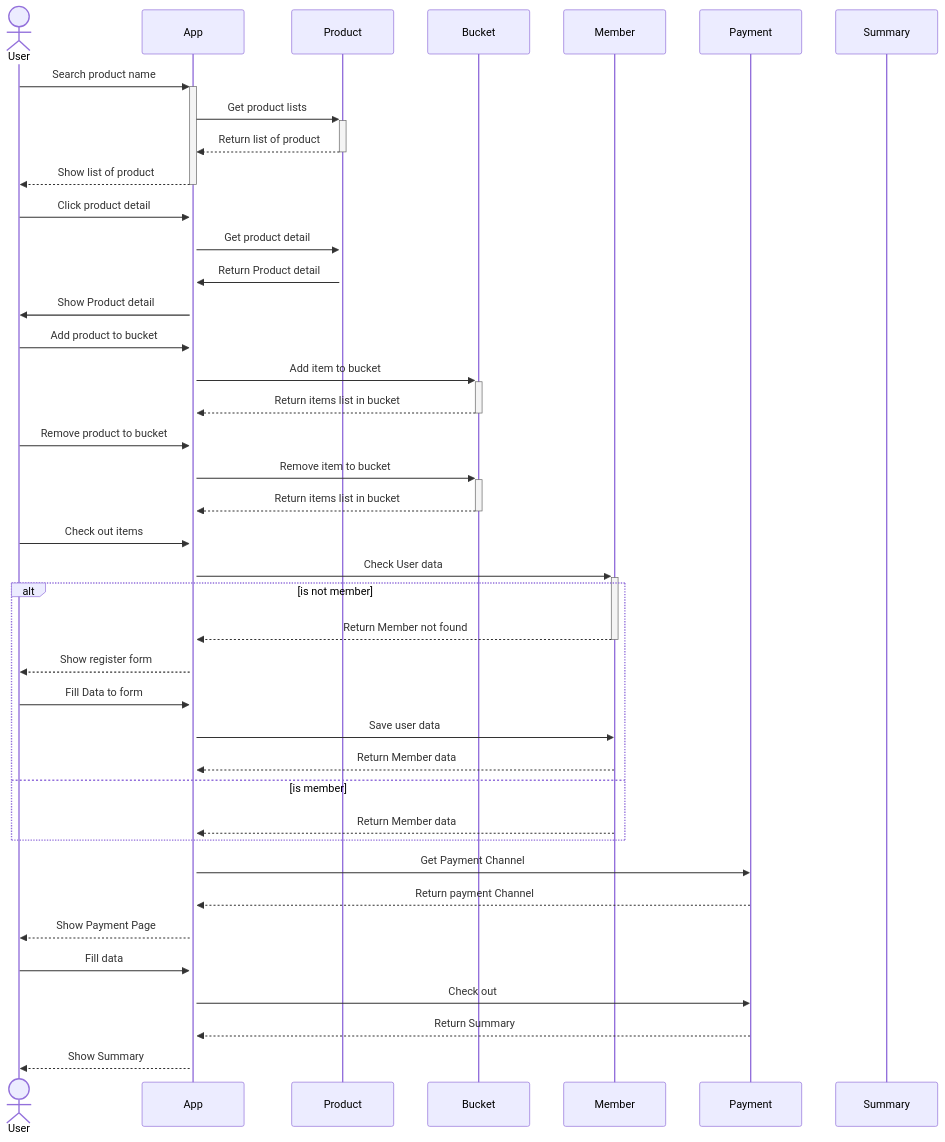
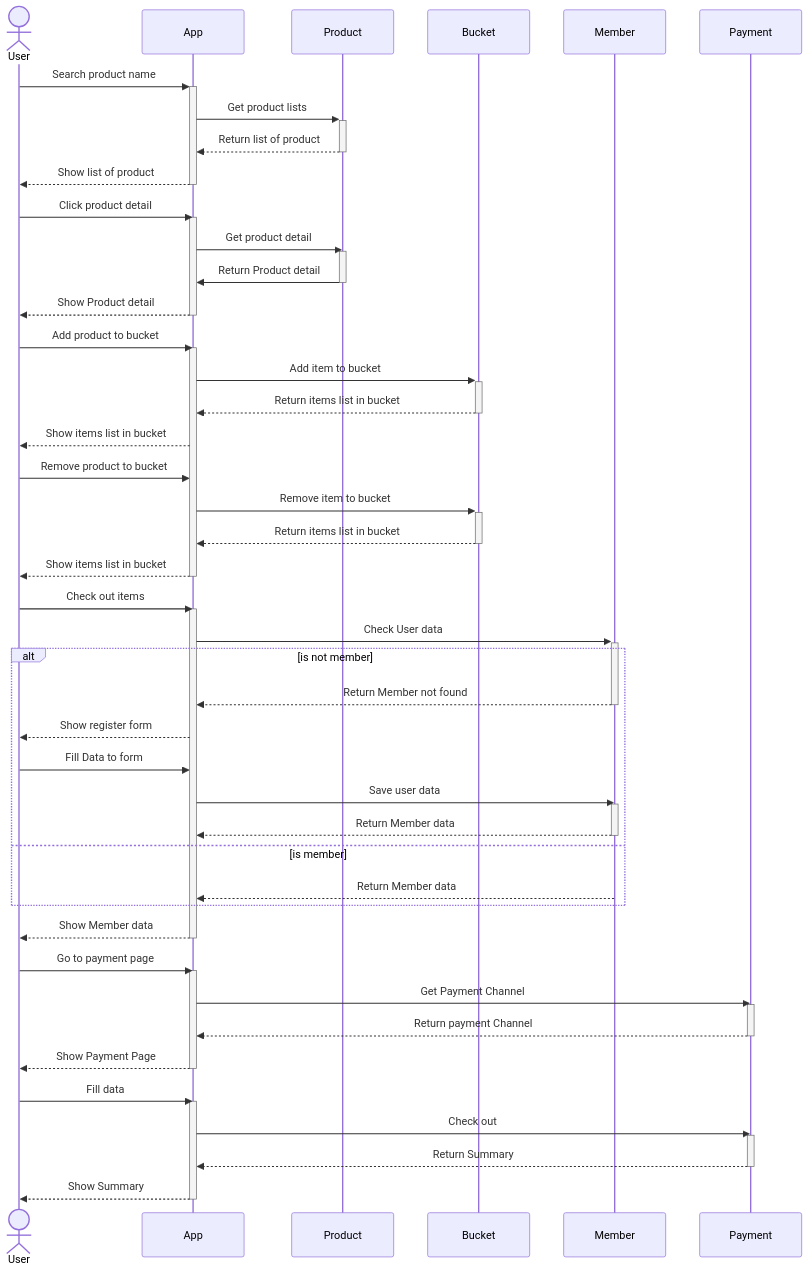
Before and after one commit to K-dotdev/assignment-java-boot-camp: the diagram in READMe.md, drawn with Mermaid. The commit also changed other lines of this file, not shown here.

Commit message:
doc: update sequence diagrams

````diff
--- a/READMe.md
+++ b/READMe.md
@@ -9,42 +10,64 @@
 ```mermaid
 sequenceDiagram
     actor User
     participant A as App
     participant P as Product
     participant B as Bucket
     participant M as Member
     participant PM as Payment
-    participant S as Summary
     User->>+A: Search product name
     A->>+P: Get product lists
     P-->>-A: Return list of product
     A-->>-User: Show list of product
-    User->>+A: Click product detail
-    A->>+P: Get product detail
+    User->>A: Click product detail
+    activate A
+    A->>P: Get product detail
+    activate P
     P->>A: Return Product detail
-    A->>User: Show Product detail
+    deactivate P
+    A-->>User: Show Product detail
+    deactivate A
     User->>A: Add product to bucket
+    activate A
     A->>+B: Add item to bucket
     B-->>-A: Return items list in bucket
+    A-->>User: Show items list in bucket
     User->>A: Remove product to bucket
     A->>+B: Remove item to bucket
     B-->>-A: Return items list in bucket
+    A-->>User: Show items list in bucket
+    deactivate A
+    
     User->>A: Check out items
+    activate A
     A->>+M: Check User data
     alt is not member
         M-->>-A: Return Member not found
         A-->>User: Show register form
         User->>A: Fill Data to form
         A->>M: Save user data
+        activate M
         M-->>A: Return Member data
+        deactivate M
     else is member
         M-->>A: Return Member data
     end
+    A-->>User: Show Member data
+    deactivate A
+    User->>A: Go to payment page
+    activate A
     A->>PM: Get Payment Channel
+    activate PM
     PM-->>A: Return payment Channel
+    deactivate PM
     A-->>User: Show Payment Page
+    deactivate A
     User->>A: Fill data
+    activate A
     A->>PM: Check out
+    activate PM
     PM-->>A: Return Summary
+    deactivate PM
     A-->>User: Show Summary
+    deactivate A
 ```
````
